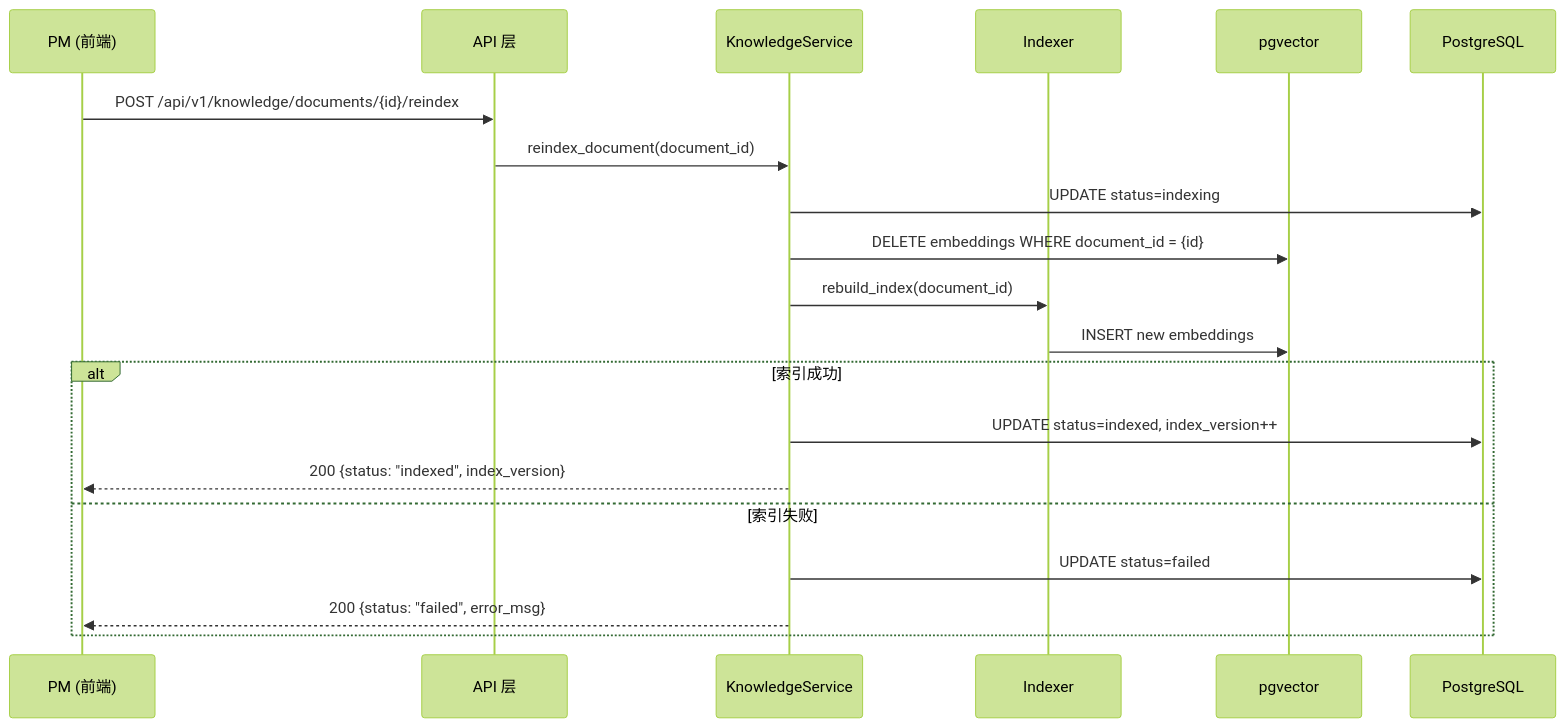
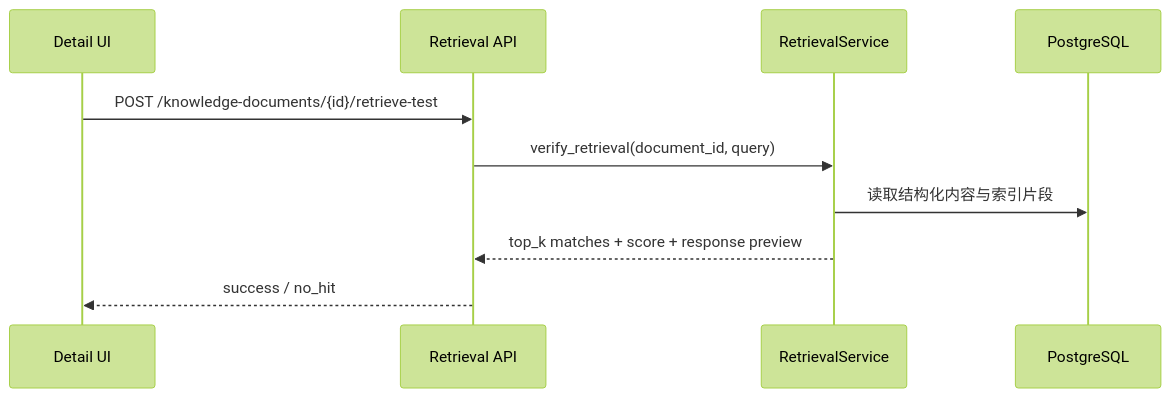
The third of 3 diagrams in specs/master/ad/ad-knowledge-base.md (WangShaoyu1/spec_kit_superpower), drawn with Mermaid (forest theme) before and after one commit. The commit also changed other lines of this file and 416 other files, not shown here.

````diff
--- a/specs/master/ad/ad-knowledge-base.md
+++ b/specs/master/ad/ad-knowledge-base.md
@@ -209,25 +103,13 @@
 ```mermaid
 sequenceDiagram
-    participant PM as PM (前端)
-    participant API as API 层
-    participant KS as KnowledgeService
-    participant IDX as Indexer
-    participant PGV as pgvector
-    participant DB as PostgreSQL
+    participant FE as Detail UI
+    participant API as Retrieval API
+    participant SVC as RetrievalService
+    participant PG as PostgreSQL
 
-    PM->>API: POST /api/v1/knowledge/documents/{id}/reindex
-    API->>KS: reindex_document(document_id)
-    KS->>DB: UPDATE status=indexing
-
-    KS->>PGV: DELETE embeddings WHERE document_id = {id}
-    KS->>IDX: rebuild_index(document_id)
-    IDX->>PGV: INSERT new embeddings
-
-    alt 索引成功
-        KS->>DB: UPDATE status=indexed, index_version++
-        KS-->>PM: 200 {status: "indexed", index_version}
-    else 索引失败
-        KS->>DB: UPDATE status=failed
-        KS-->>PM: 200 {status: "failed", error_msg}
-    end
+    FE->>API: POST /knowledge-documents/{id}/retrieve-test
+    API->>SVC: verify_retrieval(document_id, query)
+    SVC->>PG: 读取结构化内容与索引片段
+    SVC-->>API: top_k matches + score + response preview
+    API-->>FE: success / no_hit
 ```
````
